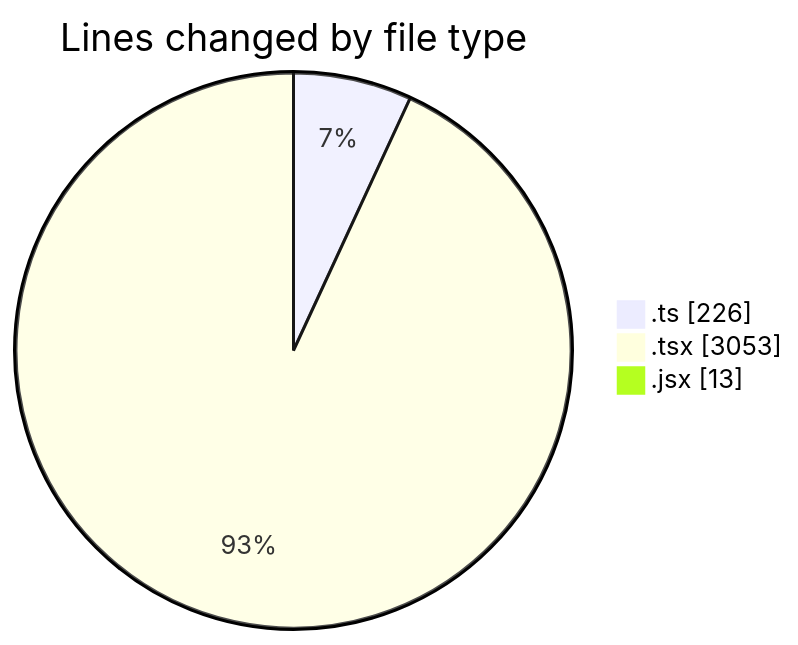
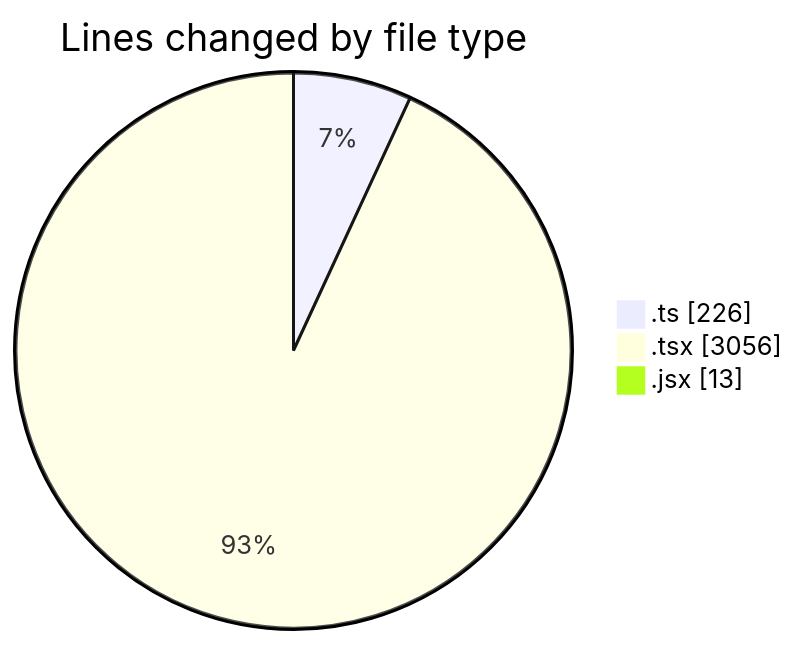
Before and after one commit to momahboobian/code-tracking: the first of 2 diagrams in 2025-12-02/cda/README.md, drawn with Mermaid. The commit also changed other lines of this file and 1 other file, not shown here.

````diff
--- a/2025-12-02/cda/README.md
+++ b/2025-12-02/cda/README.md
@@ -30,7 +30,7 @@
 ```mermaid
 pie showData
 title Lines changed by file type
 ".ts" : 226
-".tsx" : 3053
+".tsx" : 3056
 ".jsx" : 13
 ```
````
